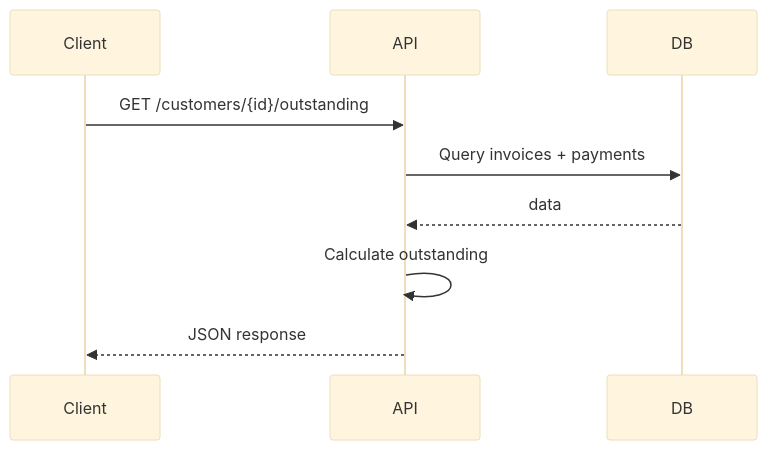
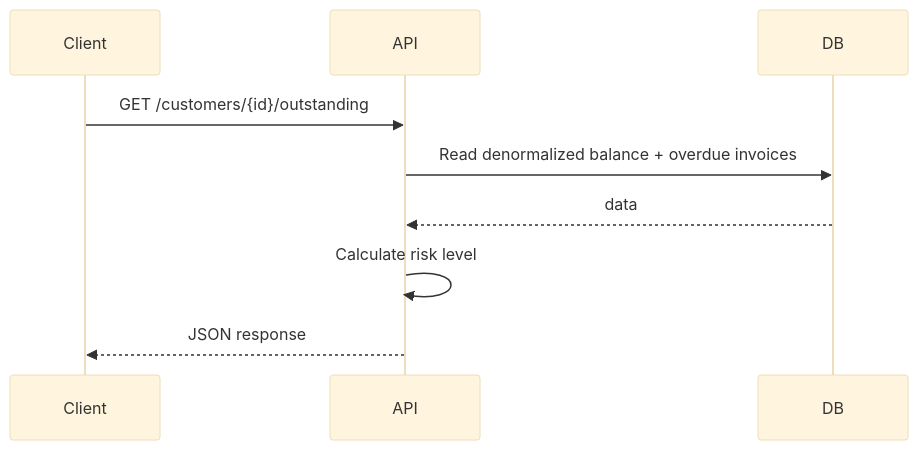
The third of 4 diagrams in README.md (shikherjha/TakaadaSync), drawn with Mermaid (base theme) before and after one commit. The commit also changed other lines of this file, not shown here.

````diff
--- a/README.md
+++ b/README.md
@@ -42,12 +57,12 @@
 ```mermaid
 sequenceDiagram
     participant Client
     participant API
     participant DB
 
     Client->>API: GET /customers/{id}/outstanding
-    API->>DB: Query invoices + payments
+    API->>DB: Read denormalized balance + overdue invoices
     DB-->>API: data
-    API->>API: Calculate outstanding
+    API->>API: Calculate risk level
     API-->>Client: JSON response
 ```
````
